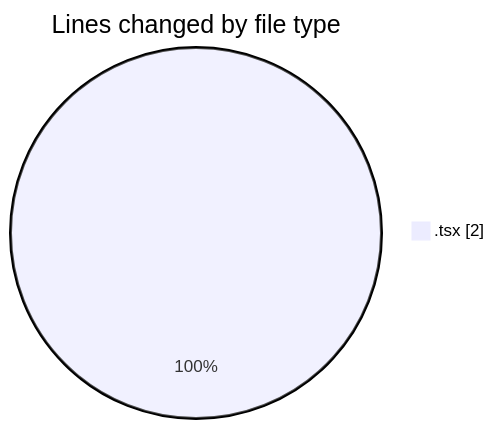
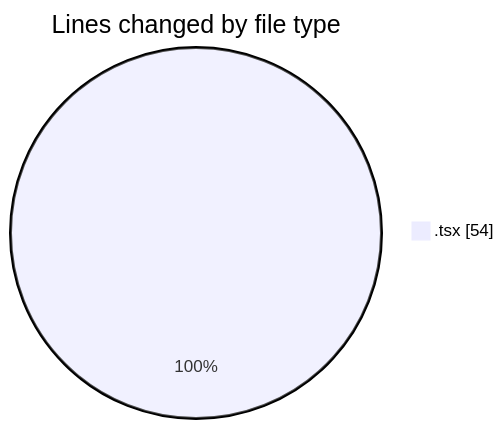
One commit to Elitesun/code-tracking changed the first of 2 diagrams in 2025-04-08/sungpt/README.md. Above: the diagram before and after it, drawn with Mermaid. The commit also changed other lines of this file and 1 other file, not shown here.

````diff
--- a/2025-04-08/sungpt/README.md
+++ b/2025-04-08/sungpt/README.md
@@ -20,5 +20,5 @@
 ```mermaid
 pie showData
 title Lines changed by file type
-".tsx" : 2
+".tsx" : 54
 ```
````
